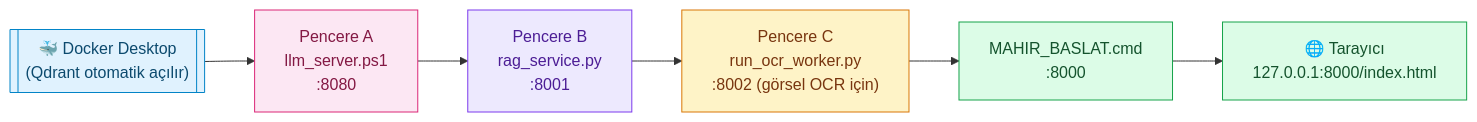
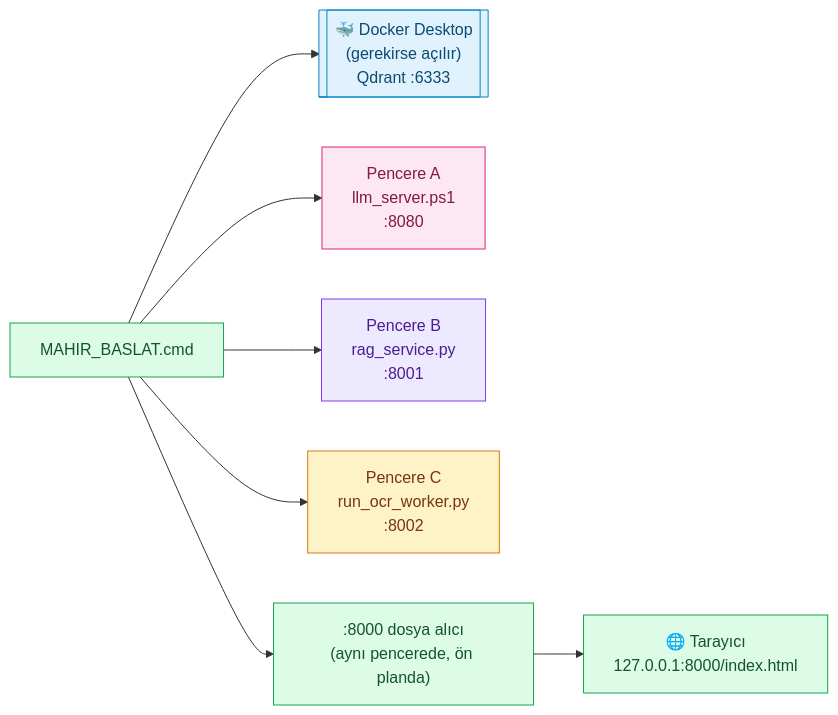
The third of 3 diagrams in README.md (peykan1071/MAHIR-PROTOTIP-HTML), drawn with Mermaid before and after one commit. The commit also changed other lines of this file and 1 other file, not shown here.

Commit message:
feat(baslat): MAHIR_BASLAT.ps1 tum yerel zinciri otomatik ayaga kaldirsin
Docker/Qdrant, llama-server (:8080), rag_service.py (:8001) ve OCR
isçisi (:8002) artik dosya aliciyi (:8000) baslatmadan once, her biri
zaten calismiyorsa kendi penceresinde otomatik acilir. Hicbir adim
scripti durdurmuyor: Docker Desktop bulunamaz/acilmazsa yalniz
Qdrant/RAG devre disi kalir, .venv bulunamazsa RAG/OCR atlanir - ana
akis (:8000) her durumda calisir.

README "Sonraki acilislar" bolumu tek-komut akisini yansitacak
sekilde guncellendi.

Ucdan uca dogrulandi: MAHIR_BASLAT.cmd calistirildi, 5 servis de
(6333/8080/8001/8002/8000) kendiliginden acildi, /health yesil.

````diff
--- a/README.md
+++ b/README.md
@@ -674,18 +674,19 @@
 ```mermaid
 flowchart LR
-    D[["🐳 Docker Desktop<br/>(Qdrant otomatik açılır)"]] --> A
-    A["Pencere A<br/>llm_server.ps1<br/>:8080"] --> B["Pencere B<br/>rag_service.py<br/>:8001"]
-    B --> C["Pencere C<br/>run_ocr_worker.py<br/>:8002 (görsel OCR için)"]
-    C --> W["MAHIR_BASLAT.cmd<br/>:8000"]
-    W --> T["🌐 Tarayıcı<br/>127.0.0.1:8000/index.html"]
+    W["MAHIR_BASLAT.cmd"] --> D[["🐳 Docker Desktop<br/>(gerekirse açılır)<br/>Qdrant :6333"]]
+    W --> A["Pencere A<br/>llm_server.ps1<br/>:8080"]
+    W --> B["Pencere B<br/>rag_service.py<br/>:8001"]
+    W --> C["Pencere C<br/>run_ocr_worker.py<br/>:8002"]
+    W --> S[":8000 dosya alıcı<br/>(aynı pencerede, ön planda)"]
+    S --> T["🌐 Tarayıcı<br/>127.0.0.1:8000/index.html"]
     classDef docker fill:#e0f2fe,stroke:#0284c7,color:#0c4a6e
     classDef llm fill:#fce7f3,stroke:#db2777,color:#831843
     classDef rag fill:#ede9fe,stroke:#7c3aed,color:#4c1d95
     classDef ocr fill:#fef3c7,stroke:#d97706,color:#78350f
     classDef web fill:#dcfce7,stroke:#16a34a,color:#14532d
     class D docker
     class A llm
     class B rag
     class C ocr
-    class W,T web
+    class W,S,T web
 ```
````
